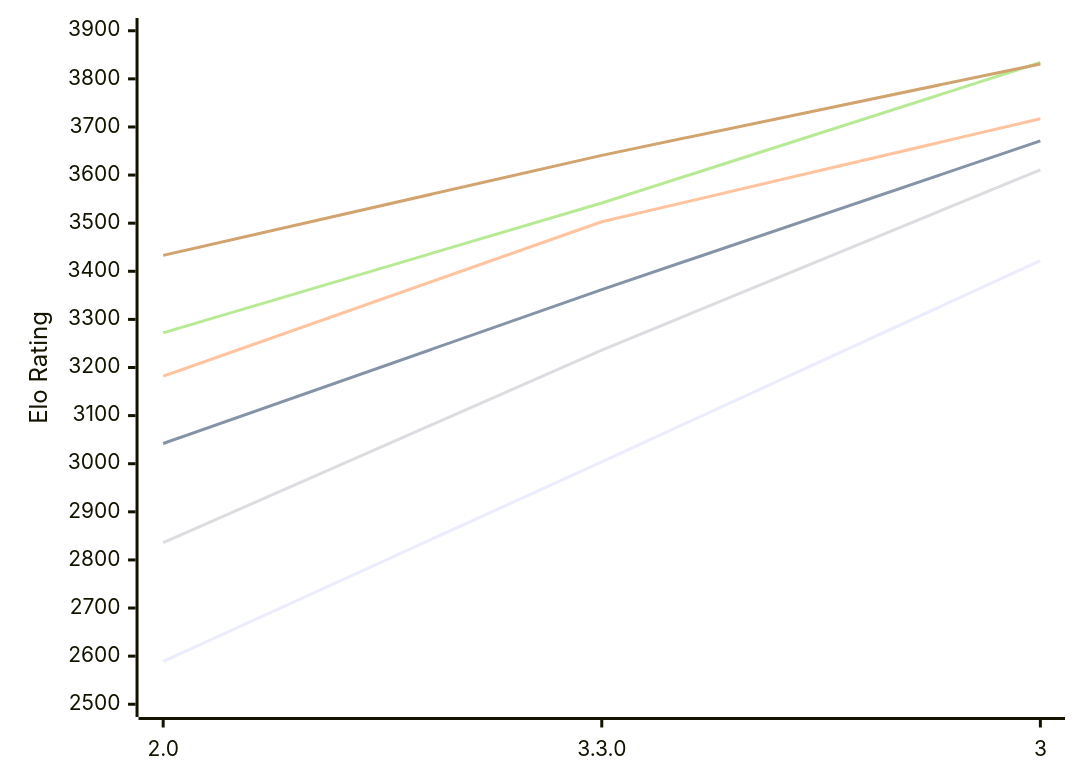
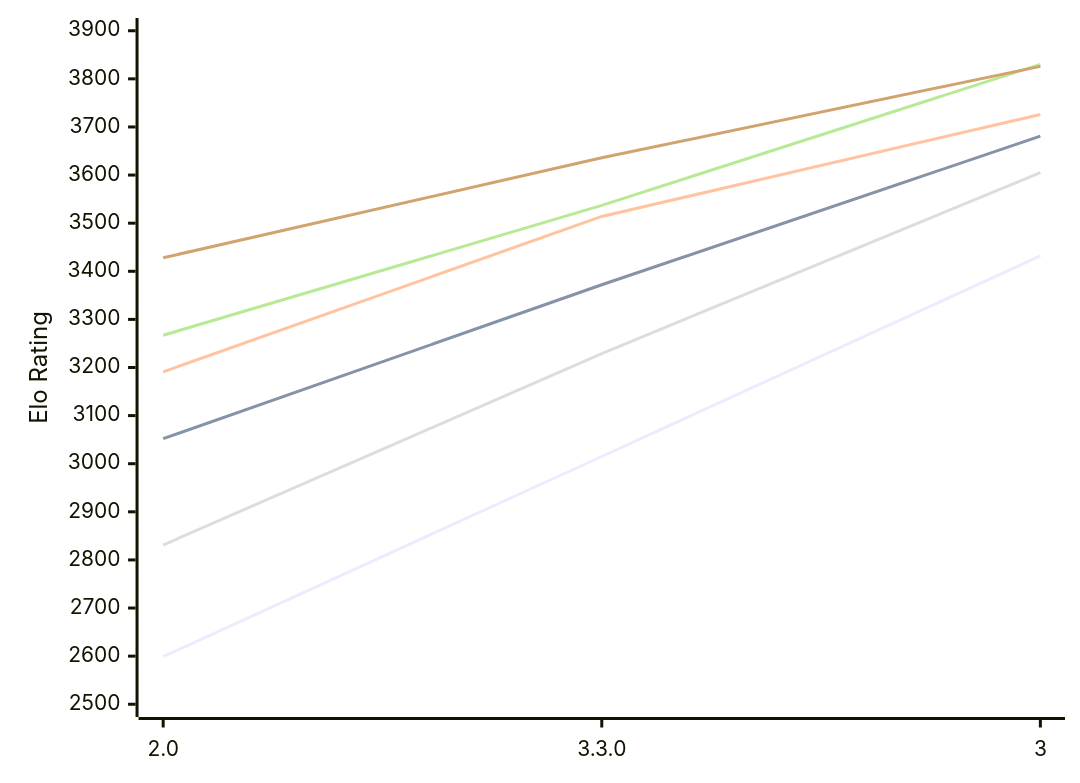
Before and after one commit to computer-chess-index/cci: the diagram in engines/Ravager.md, drawn with Mermaid. The commit also changed other lines of this file, not shown here.

Commit message:
Update CCI Ratings (ELO VLTC) - 2026-11-06

````diff
--- a/engines/Ravager.md
+++ b/engines/Ravager.md
@@ -51,12 +51,12 @@
 ```mermaid
 %%{init: {"theme":"base","themeVariables":{"seriesColors:['#a3a3a3','#222221','#faa371']}}}%%
 xychart-beta
   x-axis ["2.0", "3.3.0", "3"]
   y-axis "Elo Rating" 2500 --> 3900
-  line "E1: STC (8.0+0.08s)" [2589, 3004, 3422]
-  line "E1: LTC (60.0+0.60s)" [3042, 3362, 3671]
-  line "E1: VLTC (2m24s+1.12s)" [3182, 3503, 3717]
-  line "P1: STC (8.0+0.08s)" [2836, 3236, 3611]
-  line "P1: LTC (60.0+0.60s)" [3272, 3542, 3834]
-  line "P1: VLTC (2m24s+1.12s)" [3433, 3641, 3831]
+  line "E1: STC (8.0+0.08s)" [2599, 3015, 3432]
+  line "E1: LTC (60.0+0.60s)" [3052, 3372, 3681]
+  line "E1: VLTC (2m24s+1.12s)" [3191, 3514, 3726]
+  line "P1: STC (8.0+0.08s)" [2831, 3229, 3605]
+  line "P1: LTC (60.0+0.60s)" [3267, 3537, 3830]
+  line "P1: VLTC (2m24s+1.12s)" [3428, 3636, 3826]
 ```
````
